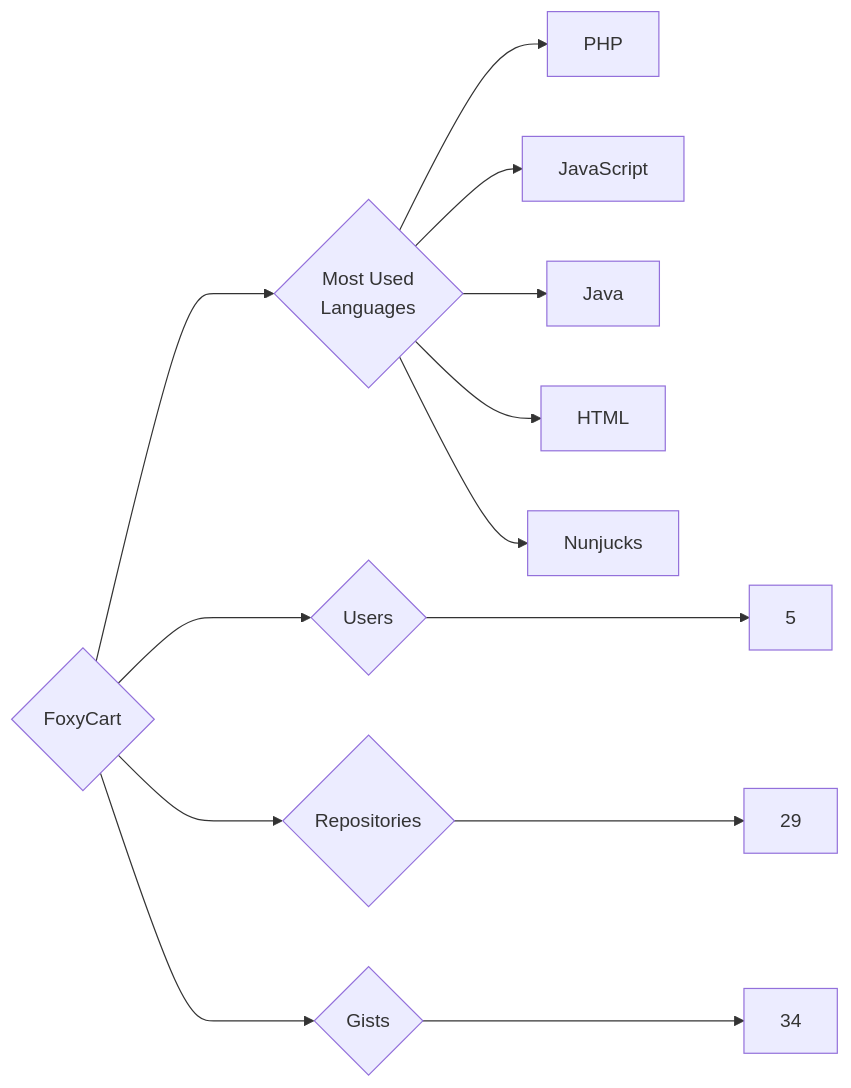
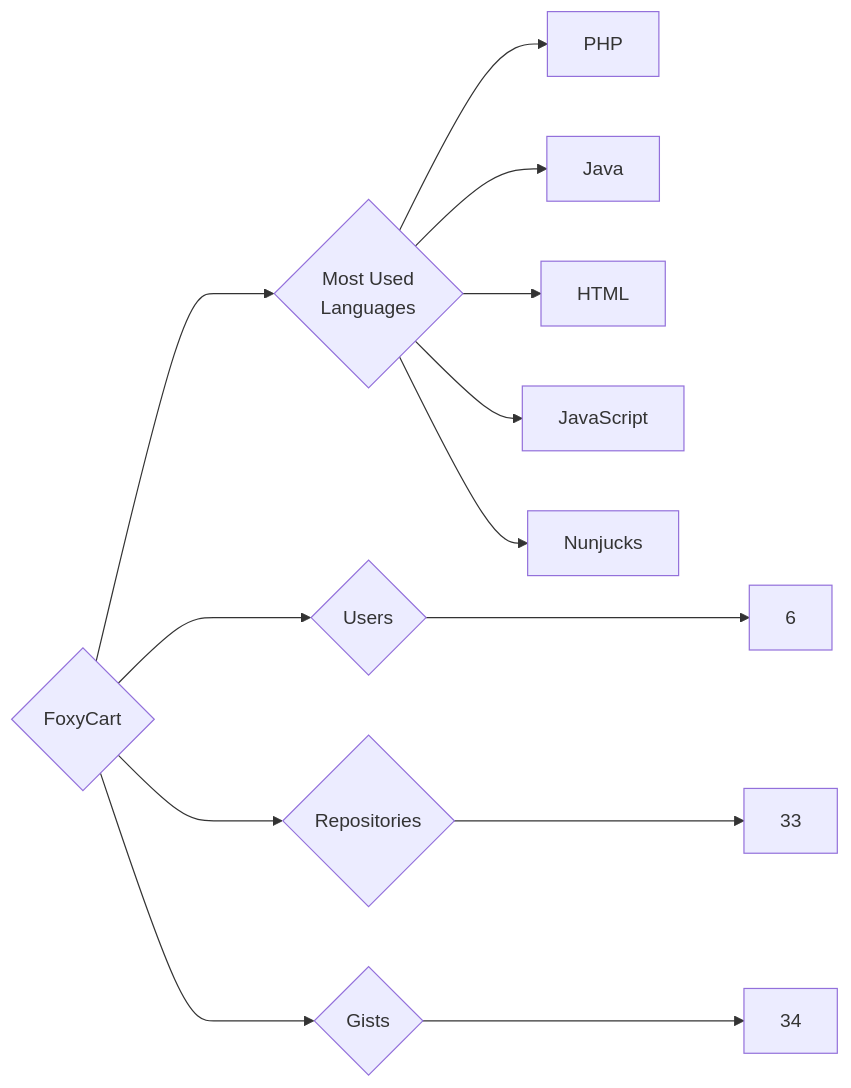
Before and after one commit to trickest/insiders: the diagram in targets/FoxyCart/README.md, drawn with Mermaid. The commit also changed 1078 other files, not shown here.

````diff
--- a/targets/FoxyCart/README.md
+++ b/targets/FoxyCart/README.md
@@ -3,13 +3,13 @@
 ```mermaid
 graph LR
 COMPANY_NAME{FoxyCart}
-COMPANY_NAME ---> U{Users} ---> UN[5]
-COMPANY_NAME ---> R{Repositories} ---> RN[29]
+COMPANY_NAME ---> U{Users} ---> UN[6]
+COMPANY_NAME ---> R{Repositories} ---> RN[33]
 COMPANY_NAME ---> G{Gists} ---> GN[34]
 COMPANY_NAME ---> ML{Most Used<br>Languages}
 ML --> PHP[PHP]
-ML --> JavaScript[JavaScript]
 ML --> Java[Java]
 ML --> HTML[HTML]
+ML --> JavaScript[JavaScript]
 ML --> Nunjucks[Nunjucks]
 ```
````
